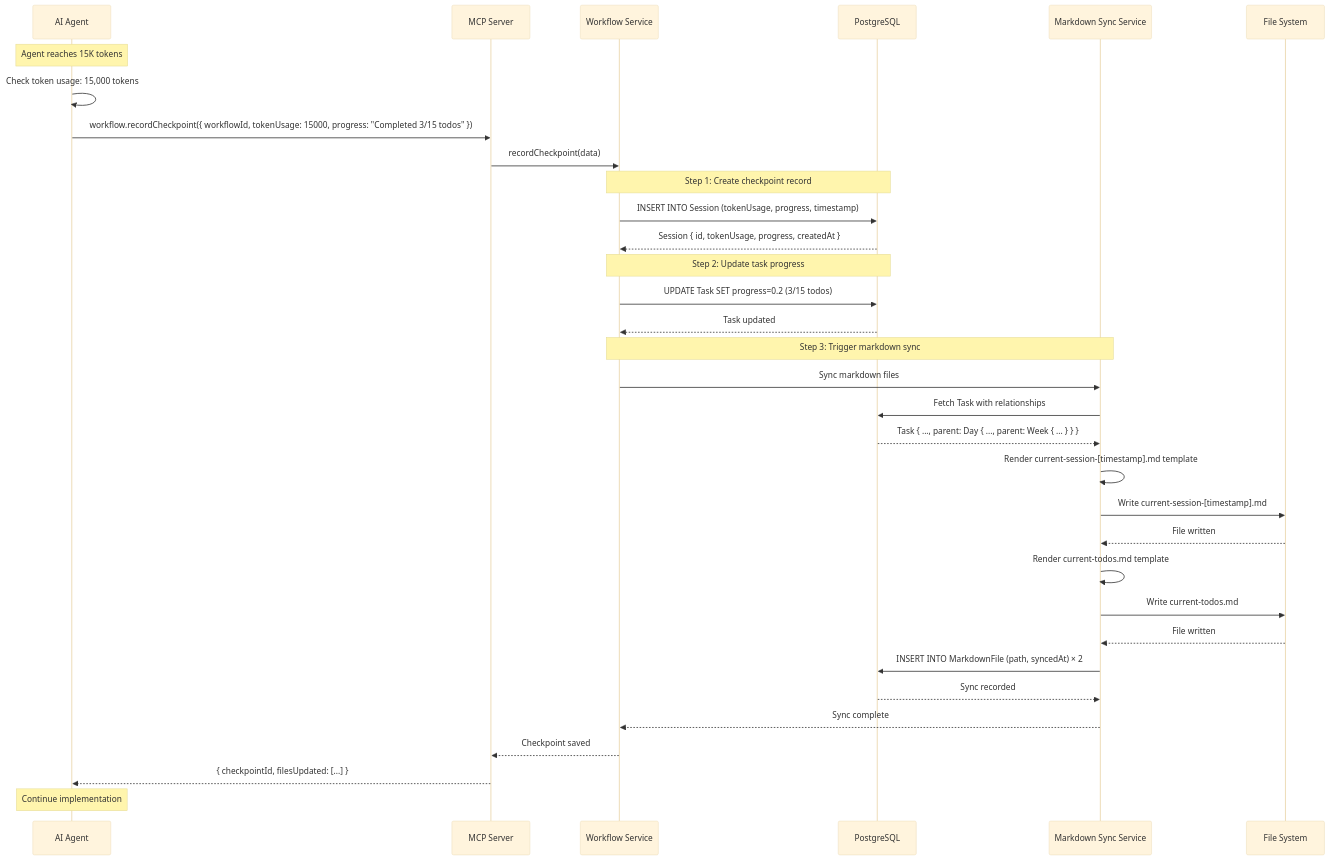
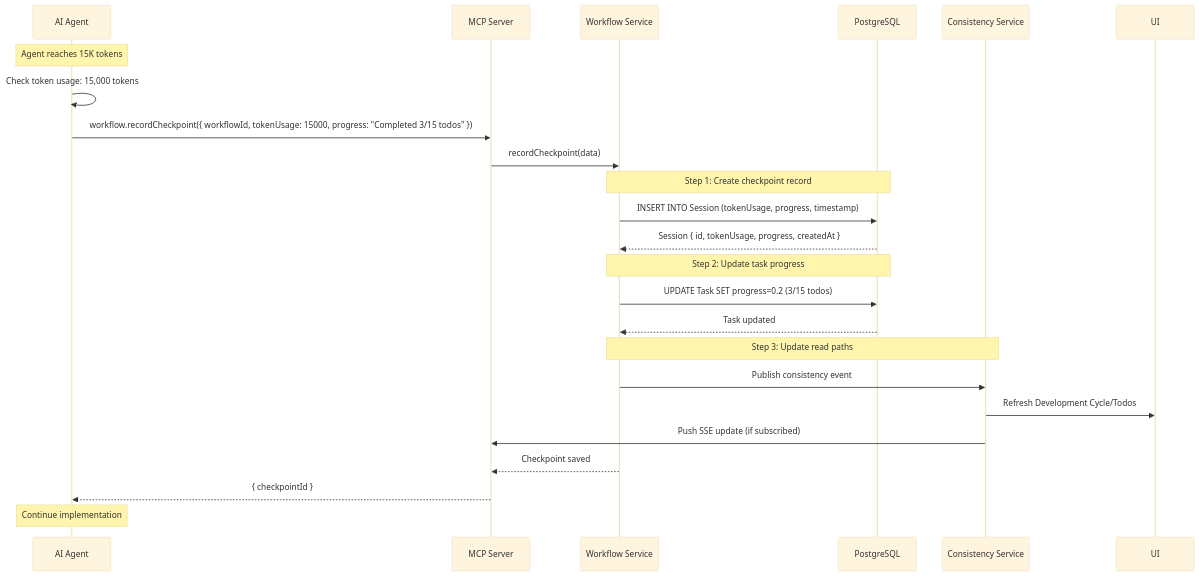
Diagram 24 of 24 in docs/03-Architecture.md (draco28/ProjectPulse), drawn with Mermaid (base theme) before and after one commit. The commit also changed other lines of this file and 8 other files, not shown here.

````diff
--- a/docs/03-Architecture.md
+++ b/docs/03-Architecture.md
@@ -3578,45 +3389,32 @@
 ```mermaid
 sequenceDiagram
     participant Agent as AI Agent
     participant MCP as MCP Server
     participant WorkflowSvc as Workflow Service
     participant DB as PostgreSQL
-    participant SyncSvc as Markdown Sync Service
-    participant FS as File System
+    participant Consistency as Consistency Service
 
     Note over Agent: Agent reaches 15K tokens
     Agent->>Agent: Check token usage: 15,000 tokens
 
     Agent->>MCP: workflow.recordCheckpoint({ workflowId, tokenUsage: 15000, progress: "Completed 3/15 todos" })
     MCP->>WorkflowSvc: recordCheckpoint(data)
 
     Note over WorkflowSvc,DB: Step 1: Create checkpoint record
     WorkflowSvc->>DB: INSERT INTO Session (tokenUsage, progress, timestamp)
     DB-->>WorkflowSvc: Session { id, tokenUsage, progress, createdAt }
 
     Note over WorkflowSvc,DB: Step 2: Update task progress
     WorkflowSvc->>DB: UPDATE Task SET progress=0.2 (3/15 todos)
     DB-->>WorkflowSvc: Task updated
 
-    Note over WorkflowSvc,SyncSvc: Step 3: Trigger markdown sync
-    WorkflowSvc->>SyncSvc: Sync markdown files
-    SyncSvc->>DB: Fetch Task with relationships
-    DB-->>SyncSvc: Task { ..., parent: Day { ..., parent: Week { ... } } }
-
-    SyncSvc->>SyncSvc: Render current-session-[timestamp].md template
-    SyncSvc->>FS: Write current-session-[timestamp].md
-    FS-->>SyncSvc: File written
-
-    SyncSvc->>SyncSvc: Render current-todos.md template
-    SyncSvc->>FS: Write current-todos.md
-    FS-->>SyncSvc: File written
-
-    SyncSvc->>DB: INSERT INTO MarkdownFile (path, syncedAt) × 2
-    DB-->>SyncSvc: Sync recorded
-    SyncSvc-->>WorkflowSvc: Sync complete
+    Note over WorkflowSvc,Consistency: Step 3: Update read paths
+    WorkflowSvc->>Consistency: Publish consistency event
+    Consistency->>UI: Refresh Development Cycle/Todos
+    Consistency->>MCP: Push SSE update (if subscribed)
 
     WorkflowSvc-->>MCP: Checkpoint saved
-    MCP-->>Agent: { checkpointId, filesUpdated: [...] }
+    MCP-->>Agent: { checkpointId }
 
     Note over Agent: Continue implementation
 ```
````
